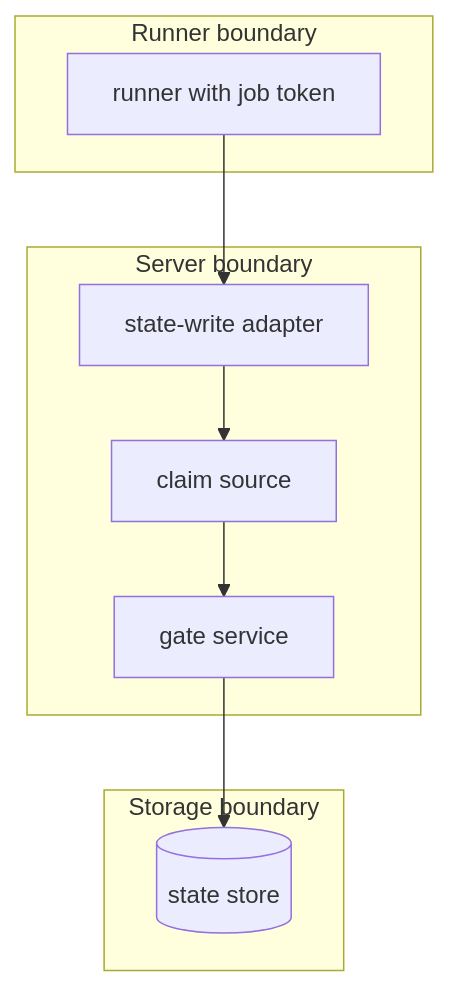
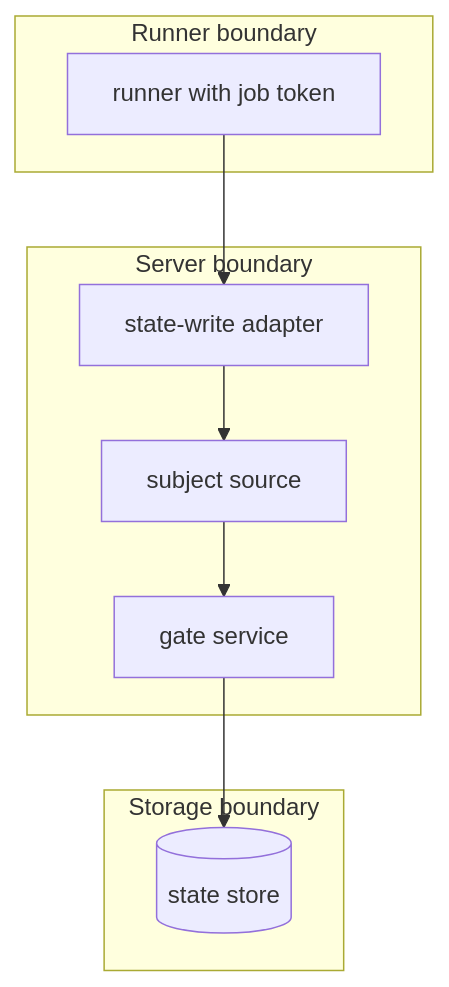
The third of 3 diagrams in openspec/changes/job-token-rules-state-write/design.md (OpenDustpan/OpenDustpan), drawn with Mermaid before and after one commit. The commit also changed other lines of this file and 2 other files, not shown here.

First line of the commit message:
spec: job-token-rules-state-write resolves the job claim in the subject source

````diff
--- a/openspec/changes/job-token-rules-state-write/design.md
+++ b/openspec/changes/job-token-rules-state-write/design.md
@@ -61,18 +64,18 @@
 ```mermaid
 flowchart TB
 subgraph runnerzone[Runner boundary]
 R[runner with job token]
 end
 subgraph serverzone[Server boundary]
 A[state-write adapter]
-C[claim source]
+C[subject source]
 G[gate service]
 end
 subgraph storezone[Storage boundary]
 S[(state store)]
 end
 R --> A
 A --> C
 C --> G
 G --> S
 ```
````
